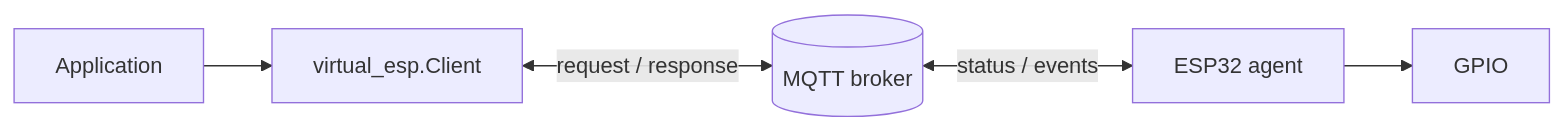
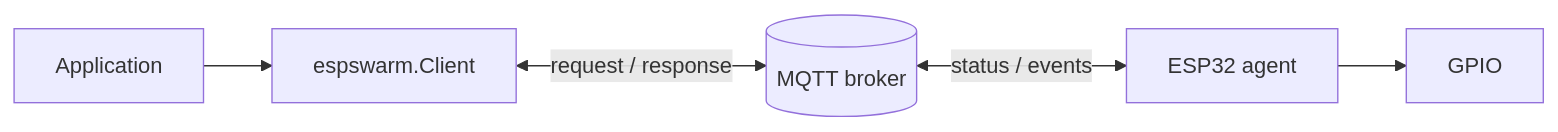
Before and after one commit to arshnooramin/espswarm: the first of 6 diagrams in docs/protocol.md, drawn with Mermaid. The commit also changed other lines of this file and 37 other files, not shown here.

````diff
--- a/docs/protocol.md
+++ b/docs/protocol.md
@@ -7,7 +7,7 @@
 ```mermaid
 flowchart LR
-    App[Application] --> Host[virtual_esp.Client]
+    App[Application] --> Host[espswarm.Client]
     Host <-->|request / response| Broker[(MQTT broker)]
     Broker <-->|status / events| Board[ESP32 agent]
     Board --> HW[GPIO]
 ```
````
